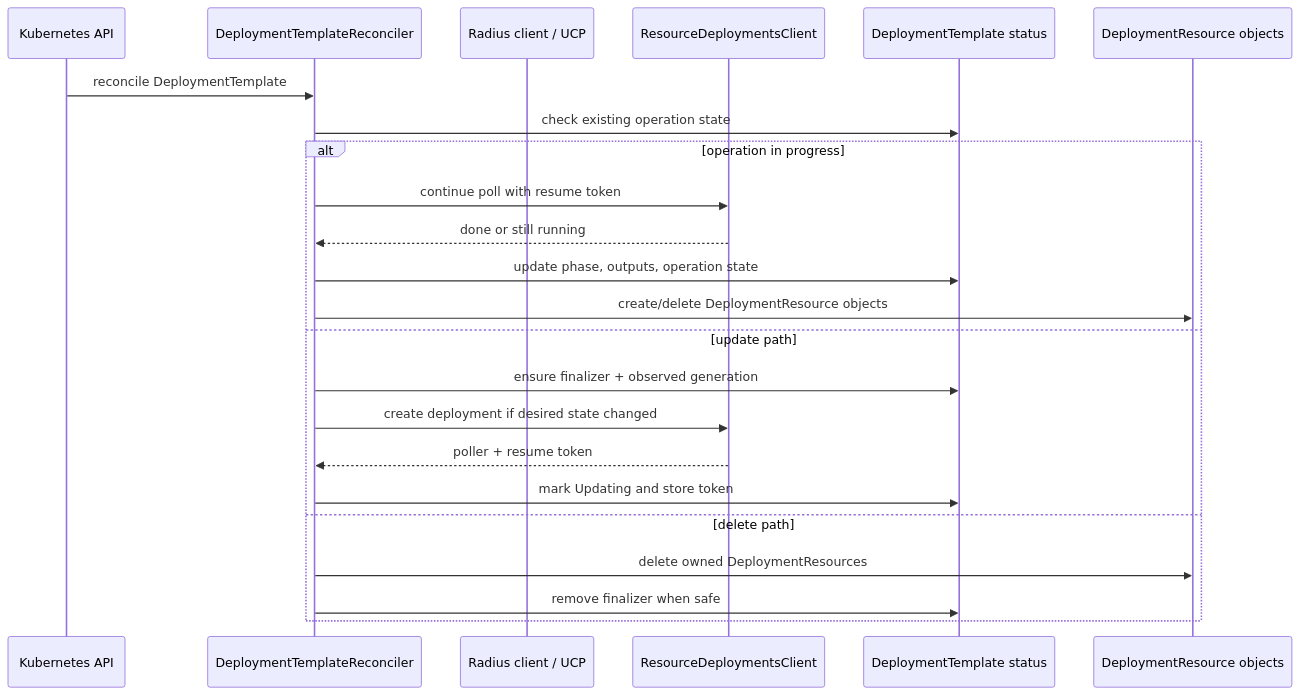
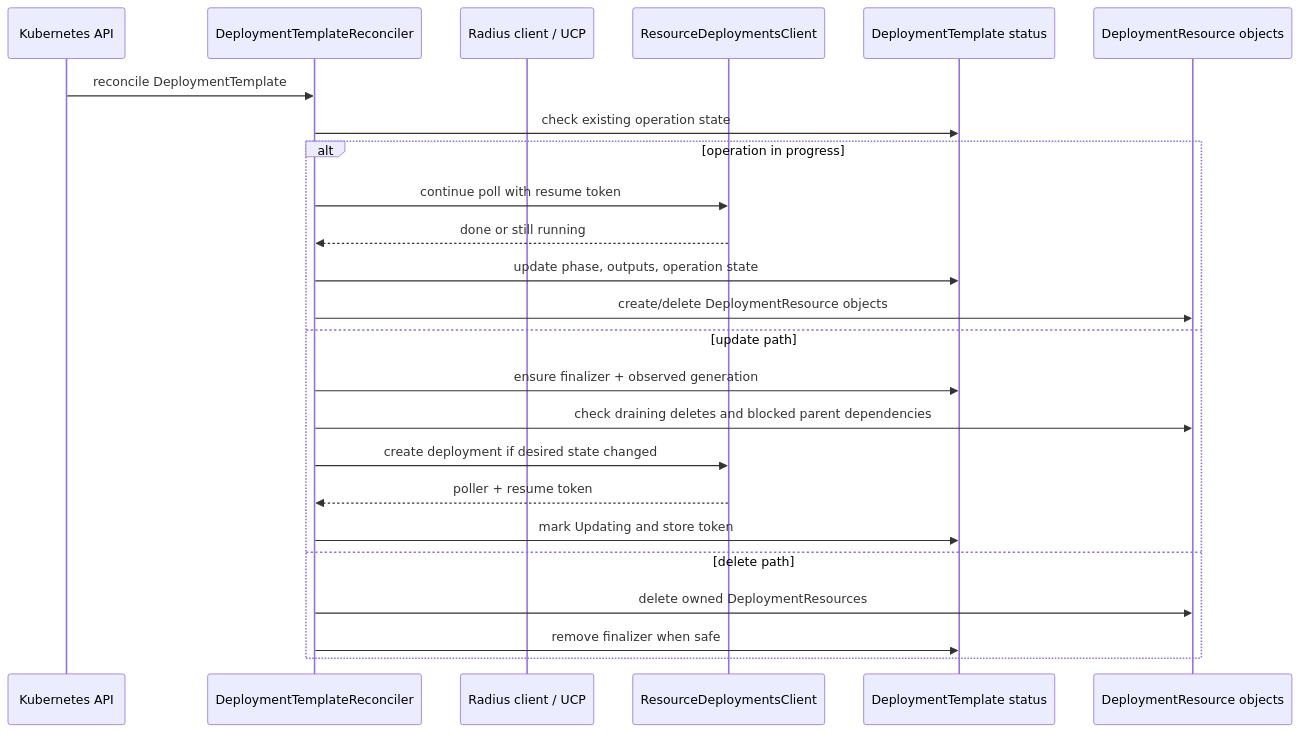
Before and after one commit to radius-project/radius: the second of 2 diagrams in docs/architecture/controller.md, drawn with Mermaid. The commit also changed other lines of this file and 30 other files, not shown here.

````diff
--- a/docs/architecture/controller.md
+++ b/docs/architecture/controller.md
@@ -110,26 +124,27 @@
 ```mermaid
 sequenceDiagram
   participant K8S as Kubernetes API
   participant Rec as DeploymentTemplateReconciler
   participant Radius as Radius client / UCP
   participant Deploy as ResourceDeploymentsClient
   participant Status as DeploymentTemplate status
   participant Out as DeploymentResource objects
 
   K8S->>Rec: reconcile DeploymentTemplate
   Rec->>Status: check existing operation state
   alt operation in progress
     Rec->>Deploy: continue poll with resume token
     Deploy-->>Rec: done or still running
     Rec->>Status: update phase, outputs, operation state
     Rec->>Out: create/delete DeploymentResource objects
   else update path
     Rec->>Status: ensure finalizer + observed generation
+    Rec->>Out: check draining deletes and blocked parent dependencies
     Rec->>Deploy: create deployment if desired state changed
     Deploy-->>Rec: poller + resume token
     Rec->>Status: mark Updating and store token
   else delete path
     Rec->>Out: delete owned DeploymentResources
     Rec->>Status: remove finalizer when safe
   end
 ```
````
